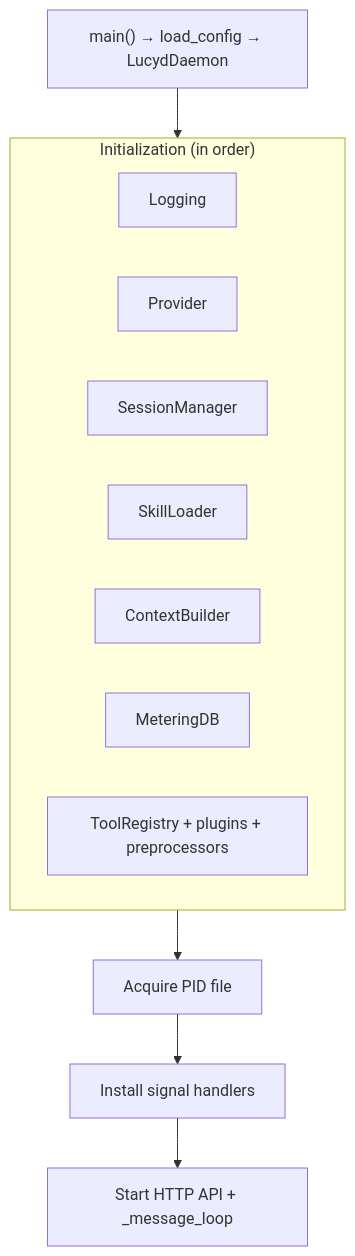
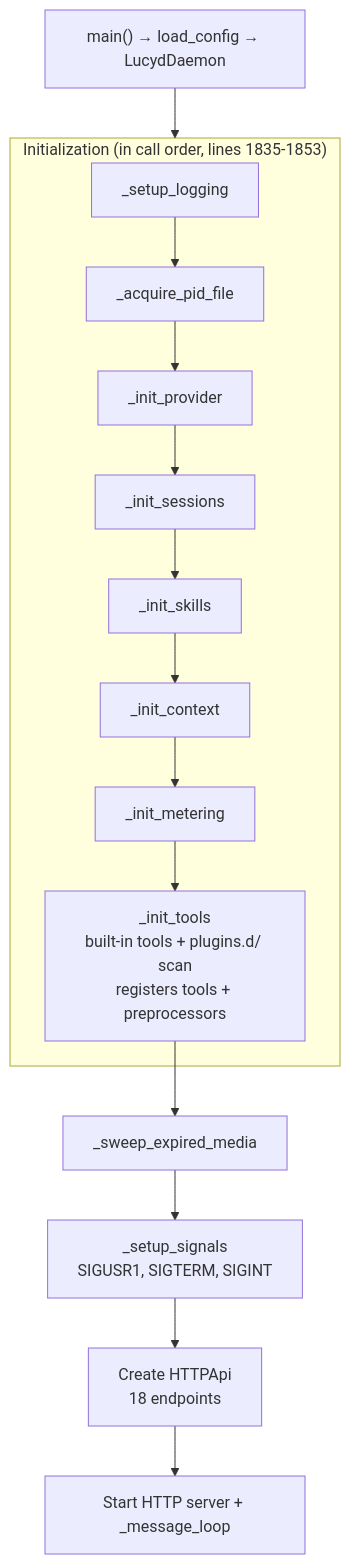
One commit to nicolasforstinger/lucyd changed the tenth of 10 diagrams in docs/diagrams.md. Above: the diagram before and after it, drawn with Mermaid. The commit also changed other lines of this file and 1 other file, not shown here.

First line of the commit message:
Rewrite diagrams.md and operations.md from code

````diff
--- a/docs/diagrams.md
+++ b/docs/diagrams.md
@@ -369,21 +369,24 @@
 ```mermaid
 flowchart TD
     MAIN["main() → load_config → LucydDaemon"]
 
-    subgraph Init["Initialization (in order)"]
-        LOG["Logging"]
-        PROVIDER["Provider"]
-        SESSION["SessionManager"]
-        SKILLS["SkillLoader"]
-        CONTEXT["ContextBuilder"]
-        METER["MeteringDB"]
-        TOOLS["ToolRegistry + plugins + preprocessors"]
+    subgraph Init["Initialization (in call order, lines 1835-1853)"]
+        LOG["_setup_logging"]
+        PID["_acquire_pid_file"]
+        PROVIDER["_init_provider"]
+        SESSION["_init_sessions"]
+        SKILLS["_init_skills"]
+        CONTEXT["_init_context"]
+        METER["_init_metering"]
+        TOOLS["_init_tools<br/>built-in tools + plugins.d/ scan<br/>registers tools + preprocessors"]
     end
 
-    PID["Acquire PID file"]
-    SIGNALS["Install signal handlers"]
-    RUN["Start HTTP API + _message_loop"]
+    MEDIA["_sweep_expired_media"]
+    SIGNALS["_setup_signals<br/>SIGUSR1, SIGTERM, SIGINT"]
+    HTTP["Create HTTPApi<br/>18 endpoints"]
+    RUN["Start HTTP server + _message_loop"]
 
     MAIN --> Init
-    Init --> PID --> SIGNALS --> RUN
+    LOG --> PID --> PROVIDER --> SESSION --> SKILLS --> CONTEXT --> METER --> TOOLS
+    TOOLS --> MEDIA --> SIGNALS --> HTTP --> RUN
 ```
````
